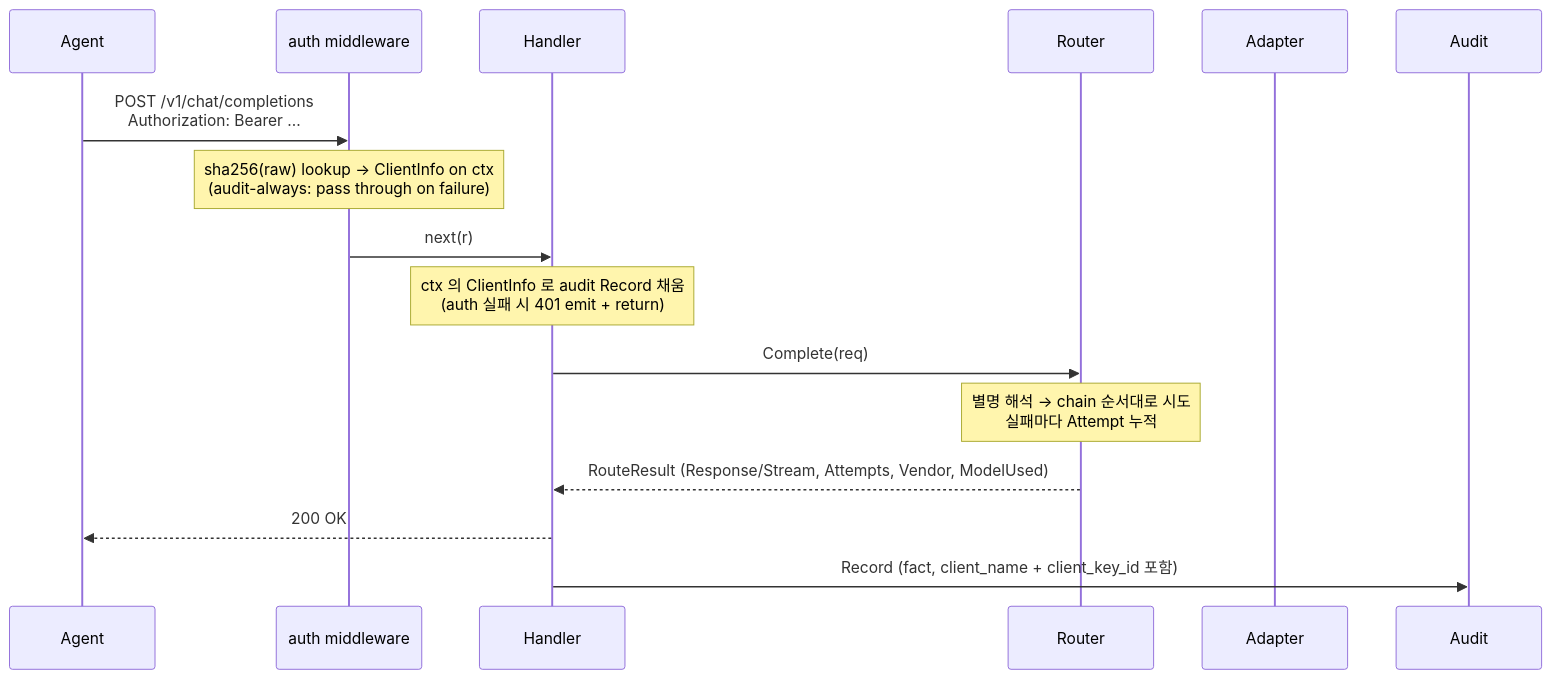
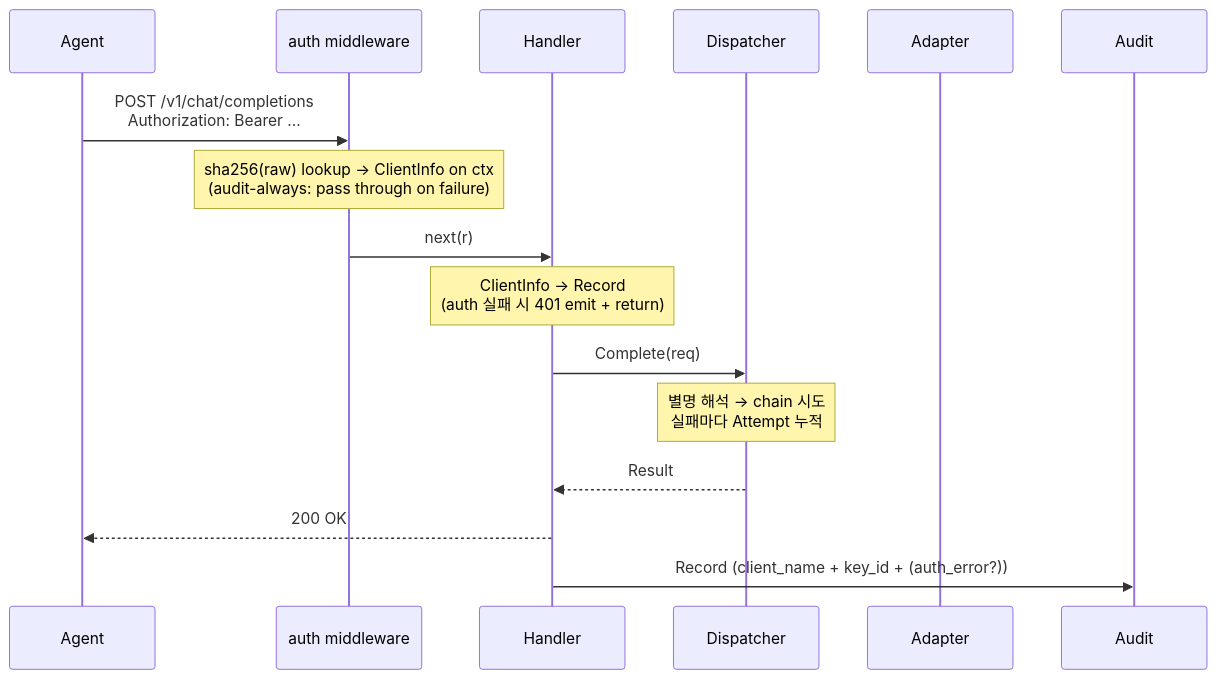
The fourth of 4 diagrams in docs/architecture.md (cagojeiger/llmgate), drawn with Mermaid before and after one commit. The commit also changed other lines of this file and 13 other files, not shown here.

````diff
--- a/docs/architecture.md
+++ b/docs/architecture.md
@@ -164,19 +196,19 @@
 ```mermaid
 sequenceDiagram
     participant A as Agent
     participant M as auth middleware
     participant H as Handler
-    participant R as Router
+    participant R as Dispatcher
     participant P as Adapter
     participant Au as Audit
 
     A->>M: POST /v1/chat/completions<br/>Authorization: Bearer ...
     Note over M: sha256(raw) lookup → ClientInfo on ctx<br/>(audit-always: pass through on failure)
     M->>H: next(r)
-    Note over H: ctx 의 ClientInfo 로 audit Record 채움<br/>(auth 실패 시 401 emit + return)
+    Note over H: ClientInfo → Record<br/>(auth 실패 시 401 emit + return)
     H->>R: Complete(req)
-    Note over R: 별명 해석 → chain 순서대로 시도<br/>실패마다 Attempt 누적
-    R-->>H: RouteResult (Response/Stream, Attempts, Vendor, ModelUsed)
+    Note over R: 별명 해석 → chain 시도<br/>실패마다 Attempt 누적
+    R-->>H: Result
     H-->>A: 200 OK
-    H->>Au: Record (fact, client_name + client_key_id 포함)
+    H->>Au: Record (client_name + key_id + (auth_error?))
 ```
````
